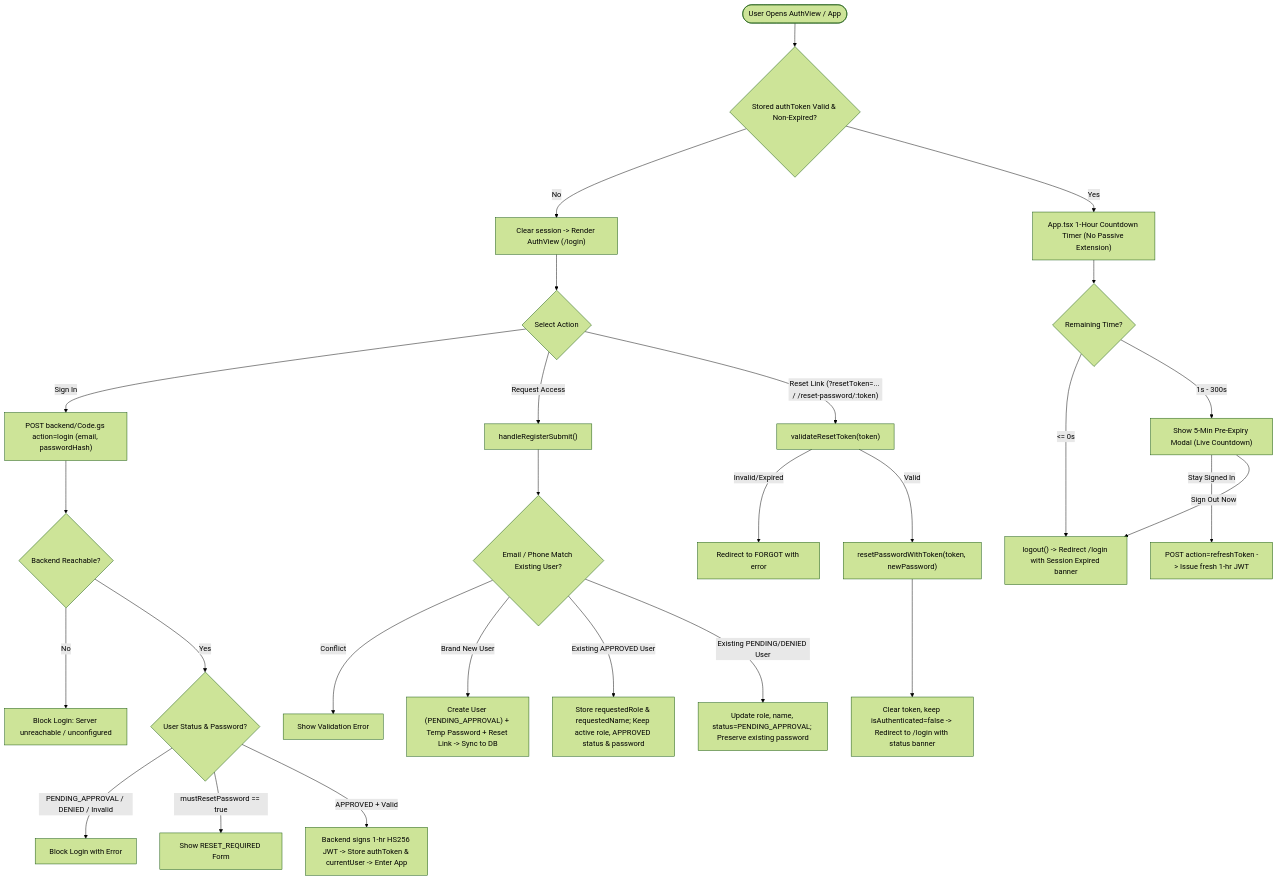
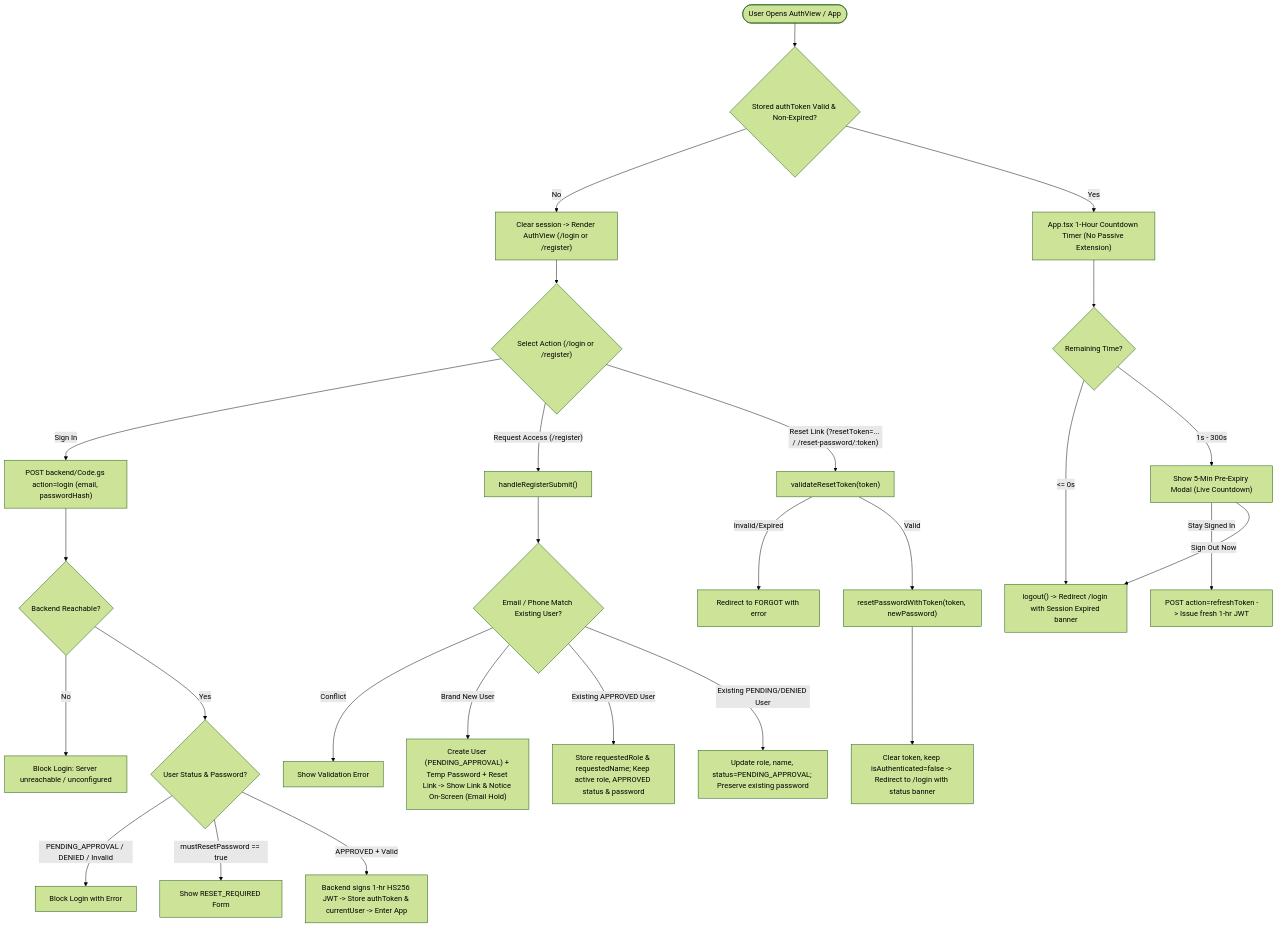
Before and after one commit to dev-snehit/katha-app: the first of 5 diagrams in docs/MODULES_AND_FLOWCHARTS.md, drawn with Mermaid (forest theme). The commit also changed other lines of this file and 1 other file, not shown here.

Commit message:
docs: update auth and sync Mermaid flowcharts and changelog hashes

````diff
--- a/docs/MODULES_AND_FLOWCHARTS.md
+++ b/docs/MODULES_AND_FLOWCHARTS.md
@@ -36,33 +36,33 @@
 ```mermaid
 flowchart TD
     Start(["User Opens AuthView / App"]) --> BootCheck{"Stored authToken Valid & Non-Expired?"}
-    BootCheck -- No --> ShowLogin["Clear session -> Render AuthView (/login)"]
+    BootCheck -- No --> ShowLogin["Clear session -> Render AuthView (/login or /register)"]
     BootCheck -- Yes --> ActiveTimer["App.tsx 1-Hour Countdown Timer (No Passive Extension)"]
 
-    ShowLogin --> Choice{"Select Action"}
+    ShowLogin --> Choice{"Select Action (/login or /register)"}
     Choice -- "Sign In" --> BackendLogin["POST backend/Code.gs action=login (email, passwordHash)"]
     BackendLogin --> NetCheck{"Backend Reachable?"}
     NetCheck -- No --> ErrOffline["Block Login: Server unreachable / unconfigured"]
     NetCheck -- Yes --> StatusGate{"User Status & Password?"}
     StatusGate -- "PENDING_APPROVAL / DENIED / Invalid" --> ErrAuth["Block Login with Error"]
     StatusGate -- "mustResetPassword == true" --> ForceReset["Show RESET_REQUIRED Form"]
     StatusGate -- "APPROVED + Valid" --> IssueJWT["Backend signs 1-hr HS256 JWT -> Store authToken & currentUser -> Enter App"]
 
     ActiveTimer --> RemCheck{"Remaining Time?"}
     RemCheck -- "<= 0s" --> ForceLogout["logout() -> Redirect /login with Session Expired banner"]
     RemCheck -- "1s - 300s" --> WarnModal["Show 5-Min Pre-Expiry Modal (Live Countdown)"]
     WarnModal -- "Stay Signed In" --> RefreshJWT["POST action=refreshToken -> Issue fresh 1-hr JWT"]
     WarnModal -- "Sign Out Now" --> ForceLogout
 
-    Choice -- "Request Access" --> RegSubmit["handleRegisterSubmit()"]
+    Choice -- "Request Access (/register)" --> RegSubmit["handleRegisterSubmit()"]
     RegSubmit --> MatchCheck{"Email / Phone Match Existing User?"}
     MatchCheck -- "Conflict" --> ErrConflict["Show Validation Error"]
-    MatchCheck -- "Brand New User" --> NewUser["Create User (PENDING_APPROVAL) + Temp Password + Reset Link -> Sync to DB"]
+    MatchCheck -- "Brand New User" --> NewUser["Create User (PENDING_APPROVAL) + Temp Password + Reset Link -> Show Link & Notice On-Screen (Email Hold)"]
     MatchCheck -- "Existing APPROVED User" --> RoleReq["Store requestedRole & requestedName; Keep active role, APPROVED status & password"]
     MatchCheck -- "Existing PENDING/DENIED User" --> ReReq["Update role, name, status=PENDING_APPROVAL; Preserve existing password"]
 
     Choice -- "Reset Link (?resetToken=... / /reset-password/:token)" --> ValidateTok["validateResetToken(token)"]
     ValidateTok -- Invalid/Expired --> ShowForgot["Redirect to FORGOT with error"]
     ValidateTok -- Valid --> SubmitNewPass["resetPasswordWithToken(token, newPassword)"]
     SubmitNewPass --> RedirectLogin["Clear token, keep isAuthenticated=false -> Redirect to /login with status banner"]
 ```
````
